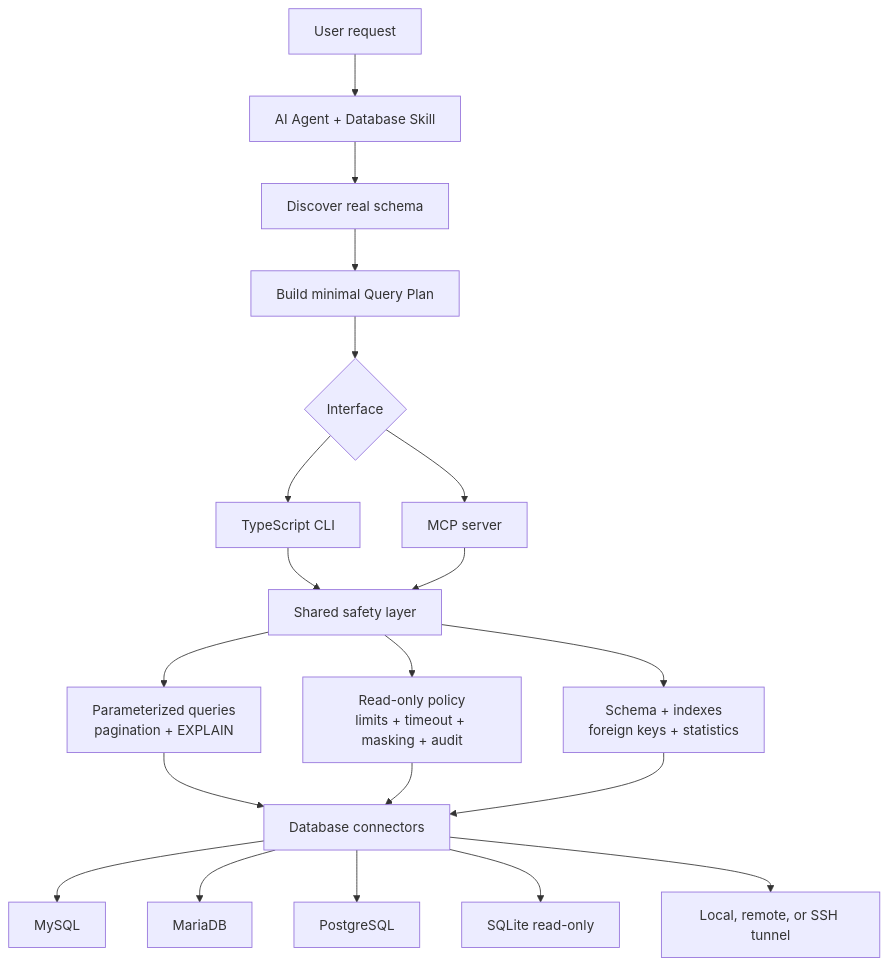
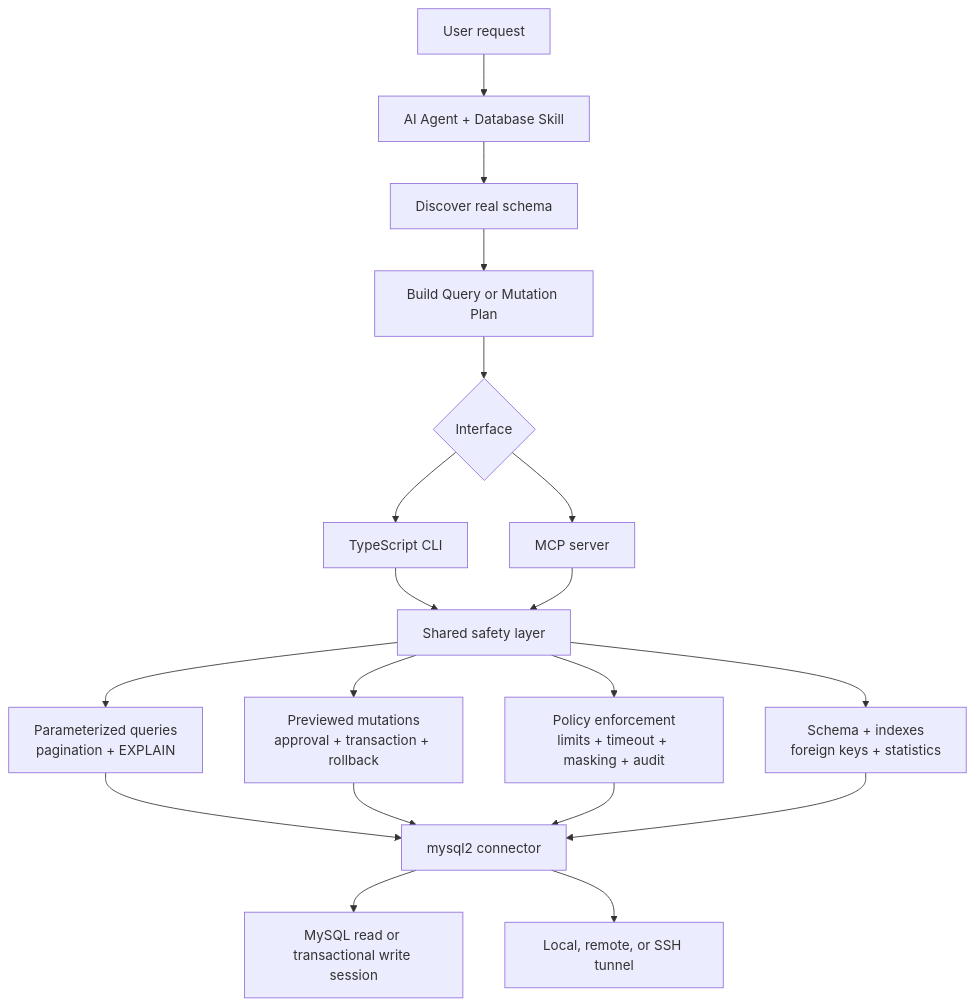
Before and after one commit to yueseqaz/sakura-database-skill: the diagram in README.md, drawn with Mermaid. The commit also changed other lines of this file and 21 other files, not shown here.

Commit message:
focus mysql agent and add safe mutations

````diff
--- a/README.md
+++ b/README.md
@@ -11,24 +11,23 @@
 ```mermaid
 flowchart TD
     U["User request"] --> A["AI Agent + Database Skill"]
     A --> D["Discover real schema"]
-    D --> P["Build minimal Query Plan"]
+    D --> P["Build Query or Mutation Plan"]
     P --> I{"Interface"}
     I --> CLI["TypeScript CLI"]
     I --> MCP["MCP server"]
     CLI --> S["Shared safety layer"]
     MCP --> S
 
     S --> Q["Parameterized queries<br/>pagination + EXPLAIN"]
-    S --> G["Read-only policy<br/>limits + timeout + masking + audit"]
+    S --> W["Previewed mutations<br/>approval + transaction + rollback"]
+    S --> G["Policy enforcement<br/>limits + timeout + masking + audit"]
     S --> M["Schema + indexes<br/>foreign keys + statistics"]
 
-    Q --> C["Database connectors"]
+    Q --> C["mysql2 connector"]
+    W --> C
     G --> C
     M --> C
-    C --> MY["MySQL"]
-    C --> MA["MariaDB"]
-    C --> PG["PostgreSQL"]
-    C --> SQ["SQLite read-only"]
+    C --> MY["MySQL read or transactional write session"]
     C --> SSH["Local, remote, or SSH tunnel"]
 ```
````
